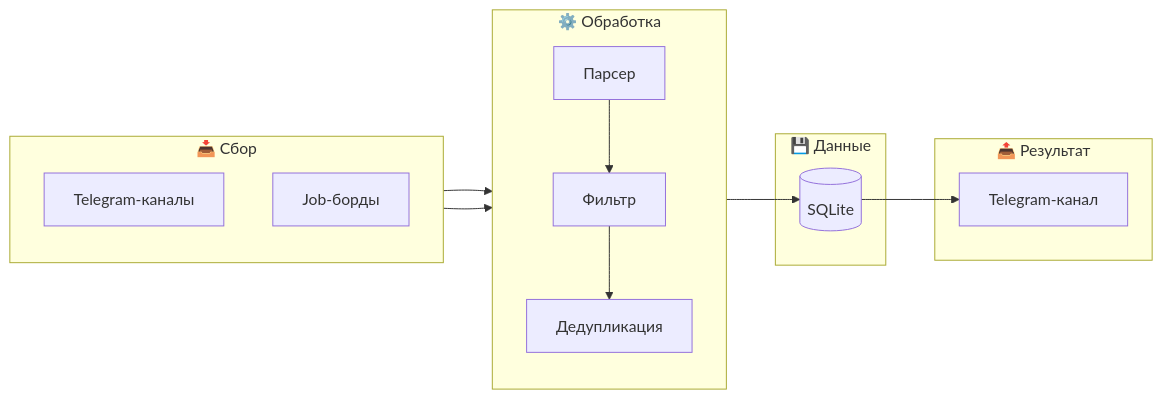
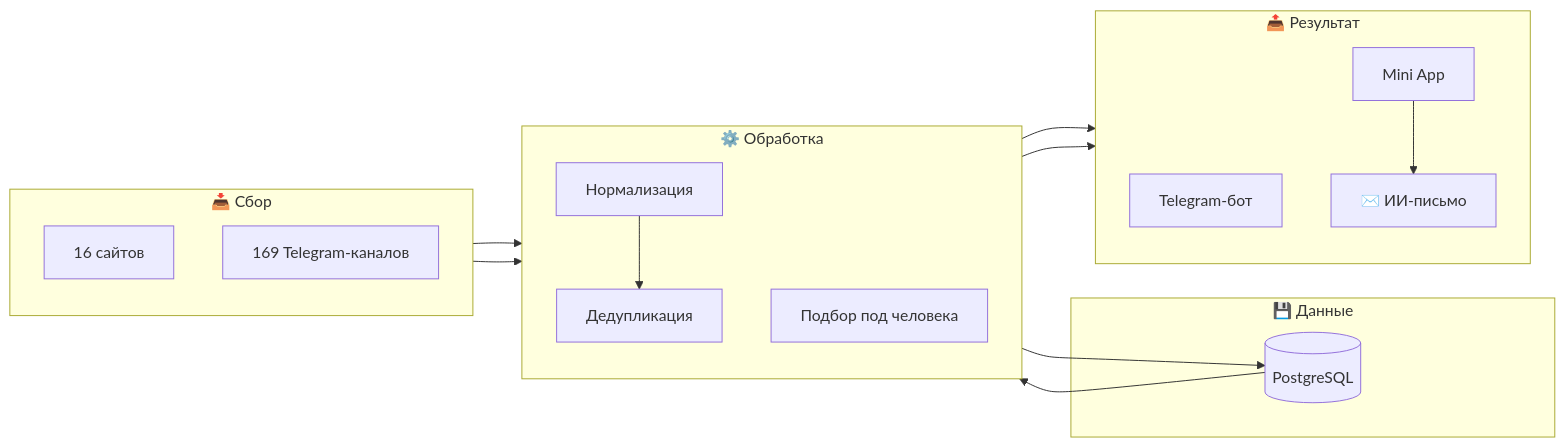
The diagram in README.md (sonyfrid/job-aggregator-showcase), drawn with Mermaid before and after one commit. The commit also changed other lines of this file and 12 other files, not shown here.

First line of the commit message:
README: HunterKitty Work — бот + Mini App, актуальные цифры и стек

````diff
--- a/README.md
+++ b/README.md
@@ -57,28 +86,33 @@
 ```mermaid
 flowchart LR
     subgraph INPUT["📥 Сбор"]
         direction TB
-        TG[Telegram-каналы]
-        JB[Job-борды]
+        SITES[16 сайтов]
+        TG[169 Telegram-каналов]
     end
-    
+
     subgraph PROCESS["⚙️ Обработка"]
         direction TB
-        P1[Парсер]
-        P2[Фильтр]
-        P3[Дедупликация]
+        N[Нормализация]
+        D[Дедупликация]
+        M[Подбор под человека]
     end
-    
+
     subgraph DATA["💾 Данные"]
-        DB[(SQLite)]
+        DB[(PostgreSQL)]
     end
-    
+
     subgraph OUTPUT["📤 Результат"]
-        CH[Telegram-канал]
+        direction TB
+        BOT[Telegram-бот]
+        APP[Mini App]
+        AI[✉️ ИИ-письмо]
     end
-    
-    TG --> P1
-    JB --> P1
-    P1 --> P2 --> P3
-    P3 --> DB --> CH
+
+    SITES --> N
+    TG --> N
+    N --> D --> DB --> M
+    M --> BOT
+    M --> APP
+    APP --> AI
 ```
````
